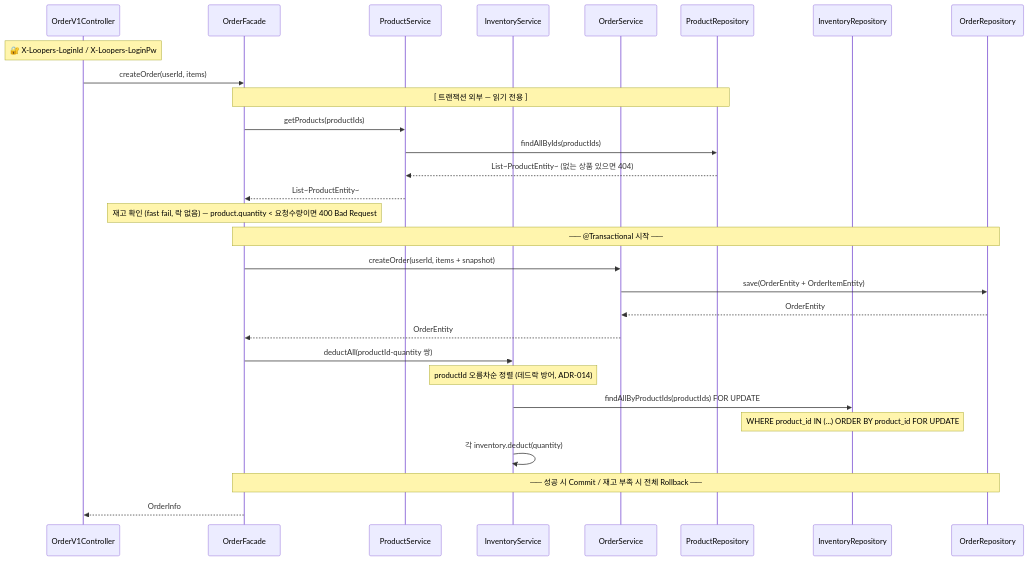
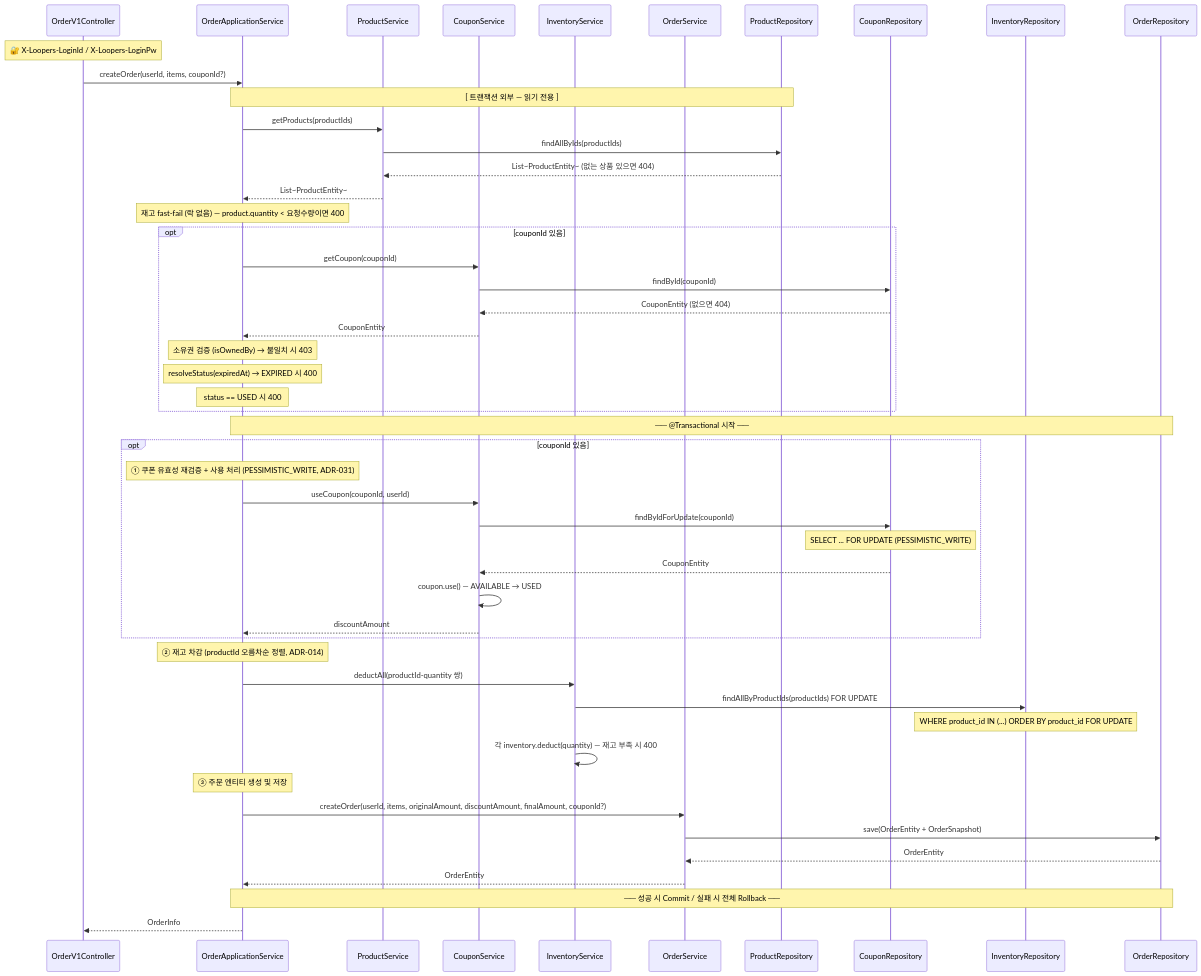
The eighth of 8 diagrams in docs/02-sequence-diagrams.md (loopers-labs/loop-pack-be-l2-vol4-java), drawn with Mermaid before and after one commit. The commit also changed other lines of this file and 2 other files, not shown here.

Commit message:
docs: Coupon 도메인 요구사항 추가 및 주문 생성 흐름 변경
- docs/01-requirements.md: CouponTemplate/Coupon API, 응답 필드, 비즈니스 로직, 에러 처리, ADR 목록 추가
- docs/02-sequence-diagrams.md: 주문 생성 시퀀스 — 쿠폰 사용 → 재고 차감 → 주문 생성 순으로 변경 (ADR-032)
- docs/adr/032-order-creation-flow-with-coupon.md: 트랜잭션 내 순서 변경 근거 (Fail Fast + 주문은 성공의 기록)

````diff
--- a/docs/02-sequence-diagrams.md
+++ b/docs/02-sequence-diagrams.md
@@ -231,40 +231,63 @@
 ```mermaid
 sequenceDiagram
     Note over OrderV1Controller: 🔐 X-Loopers-LoginId / X-Loopers-LoginPw
     participant OrderV1Controller
-    participant OrderFacade
+    participant OrderApplicationService
     participant ProductService
+    participant CouponService
     participant InventoryService
     participant OrderService
     participant ProductRepository
+    participant CouponRepository
     participant InventoryRepository
     participant OrderRepository
 
-    OrderV1Controller->>OrderFacade: createOrder(userId, items)
+    OrderV1Controller->>OrderApplicationService: createOrder(userId, items, couponId?)
 
-    Note over OrderFacade,ProductRepository: [ 트랜잭션 외부 — 읽기 전용 ]
+    Note over OrderApplicationService,ProductRepository: [ 트랜잭션 외부 — 읽기 전용 ]
 
-    OrderFacade->>ProductService: getProducts(productIds)
+    OrderApplicationService->>ProductService: getProducts(productIds)
     ProductService->>ProductRepository: findAllByIds(productIds)
     ProductRepository-->>ProductService: List~ProductEntity~ (없는 상품 있으면 404)
-    ProductService-->>OrderFacade: List~ProductEntity~
+    ProductService-->>OrderApplicationService: List~ProductEntity~
 
-    Note over OrderFacade: 재고 확인 (fast fail, 락 없음) — product.quantity < 요청수량이면 400 Bad Request
+    Note over OrderApplicationService: 재고 fast-fail (락 없음) — product.quantity < 요청수량이면 400
 
-    Note over OrderFacade,OrderRepository: ── @Transactional 시작 ──
+    opt couponId 있음
+        OrderApplicationService->>CouponService: getCoupon(couponId)
+        CouponService->>CouponRepository: findById(couponId)
+        CouponRepository-->>CouponService: CouponEntity (없으면 404)
+        CouponService-->>OrderApplicationService: CouponEntity
+        Note over OrderApplicationService: 소유권 검증 (isOwnedBy) → 불일치 시 403
+        Note over OrderApplicationService: resolveStatus(expiredAt) → EXPIRED 시 400
+        Note over OrderApplicationService: status == USED 시 400
+    end
 
-    OrderFacade->>OrderService: createOrder(userId, items + snapshot)
-    OrderService->>OrderRepository: save(OrderEntity + OrderItemEntity)
-    OrderRepository-->>OrderService: OrderEntity
-    OrderService-->>OrderFacade: OrderEntity
+    Note over OrderApplicationService,OrderRepository: ── @Transactional 시작 ──
 
-    OrderFacade->>InventoryService: deductAll(productId-quantity 쌍)
-    Note over InventoryService: productId 오름차순 정렬 (데드락 방어, ADR-014)
+    opt couponId 있음
+        Note over OrderApplicationService: ① 쿠폰 유효성 재검증 + 사용 처리 (PESSIMISTIC_WRITE, ADR-031)
+        OrderApplicationService->>CouponService: useCoupon(couponId, userId)
+        CouponService->>CouponRepository: findByIdForUpdate(couponId)
+        Note over CouponRepository: SELECT ... FOR UPDATE (PESSIMISTIC_WRITE)
+        CouponRepository-->>CouponService: CouponEntity
+        CouponService->>CouponService: coupon.use() — AVAILABLE → USED
+        CouponService-->>OrderApplicationService: discountAmount
+    end
+
+    Note over OrderApplicationService: ② 재고 차감 (productId 오름차순 정렬, ADR-014)
+    OrderApplicationService->>InventoryService: deductAll(productId-quantity 쌍)
     InventoryService->>InventoryRepository: findAllByProductIds(productIds) FOR UPDATE
     Note over InventoryRepository: WHERE product_id IN (...) ORDER BY product_id FOR UPDATE
-    InventoryService->>InventoryService: 각 inventory.deduct(quantity)
+    InventoryService->>InventoryService: 각 inventory.deduct(quantity) — 재고 부족 시 400
 
-    Note over OrderFacade,OrderRepository: ── 성공 시 Commit / 재고 부족 시 전체 Rollback ──
+    Note over OrderApplicationService: ③ 주문 엔티티 생성 및 저장
+    OrderApplicationService->>OrderService: createOrder(userId, items, originalAmount, discountAmount, finalAmount, couponId?)
+    OrderService->>OrderRepository: save(OrderEntity + OrderSnapshot)
+    OrderRepository-->>OrderService: OrderEntity
+    OrderService-->>OrderApplicationService: OrderEntity
 
-    OrderFacade-->>OrderV1Controller: OrderInfo
+    Note over OrderApplicationService,OrderRepository: ── 성공 시 Commit / 실패 시 전체 Rollback ──
+
+    OrderApplicationService-->>OrderV1Controller: OrderInfo
 ```
````
